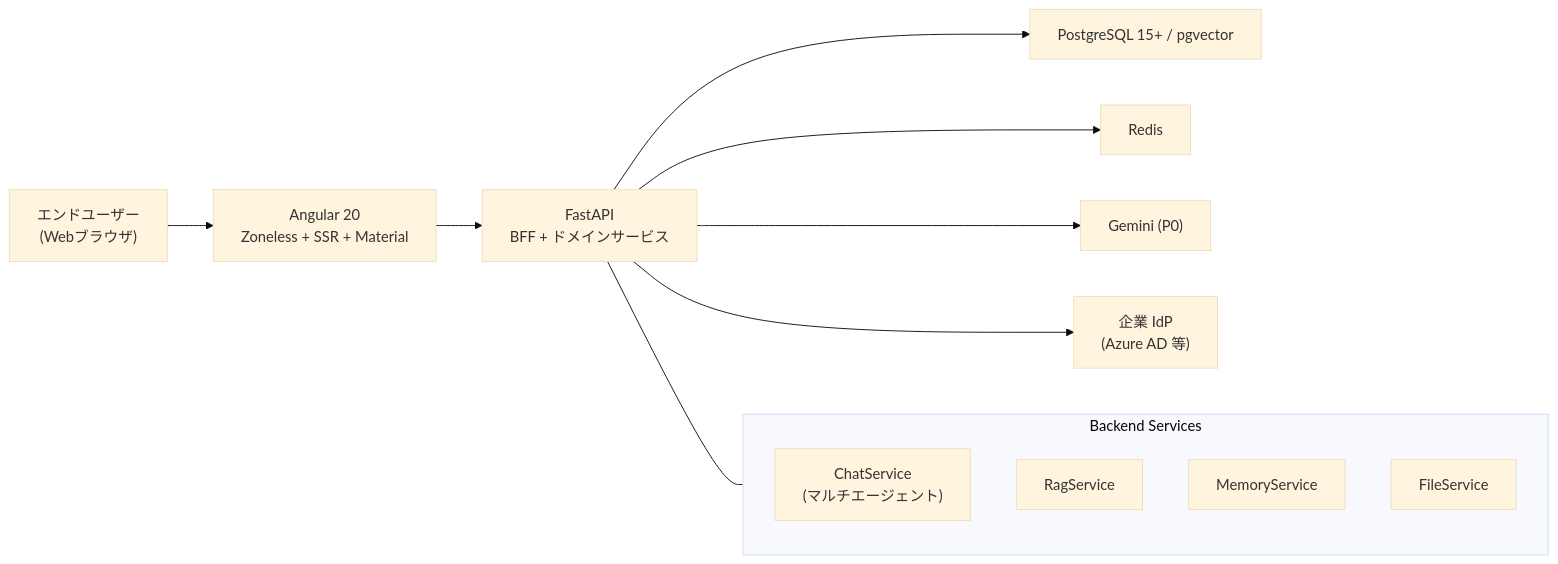
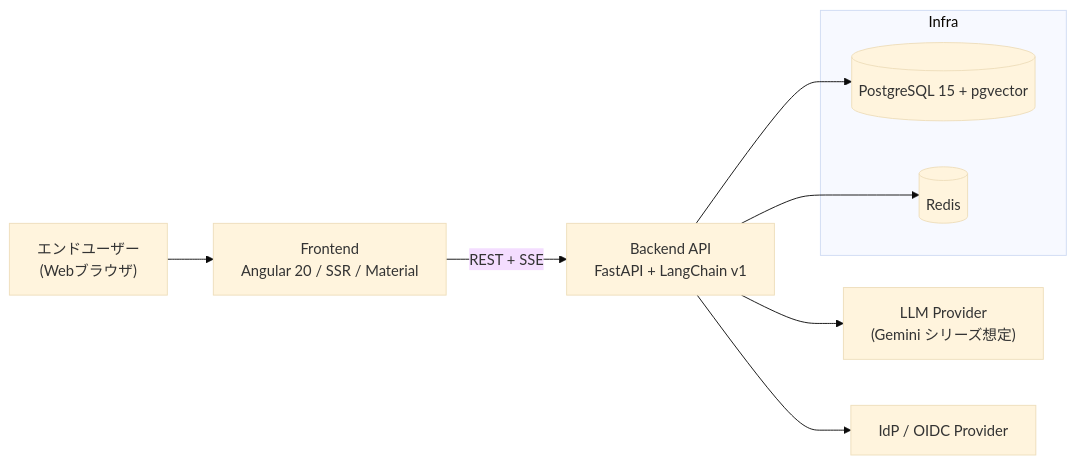
One commit to KanadeYumesaki/dom-enterprise-gateway changed the diagram in README.md. Above: the diagram before and after it, drawn with Mermaid (base theme). The commit also changed other lines of this file and 30 other files, not shown here.

Commit message:
feat(frontend): complete P0 UI (chat/knowledge/settings/help) and rewrite README

`````diff
--- a/README.md
+++ b/README.md
@@ -13,22 +21,14 @@
 ```mermaid
+flowchart LR
+  User["エンドユーザー<br/>(Webブラウザ)"] --> Frontend["Frontend<br/>Angular 20 / SSR / Material"]
+  Frontend -->|REST + SSE| Backend["Backend API<br/>FastAPI + LangChain v1"]
+  Backend --> DB[(PostgreSQL 15 + pgvector)]
+  Backend --> Cache[(Redis)]
+  Backend --> LLM["LLM Provider<br/>(Gemini シリーズ想定)"]
+  Backend --> IdP["IdP / OIDC Provider"]
 
-flowchart LR
-  User["エンドユーザー<br/>(Webブラウザ)"] --> Frontend["Angular 20<br/>Zoneless + SSR + Material"]
-
-  Frontend --> Backend["FastAPI<br/>BFF + ドメインサービス"]
-  Backend --> Postgres["PostgreSQL 15+ / pgvector"]
-  Backend --> Redis["Redis"]
-
-  Backend --> LLM["Gemini (P0)"]
-  Backend --> IdP["企業 IdP<br/>(Azure AD 等)"]
-
-  subgraph Services["Backend Services"]
-    ChatSvc["ChatService<br/>(マルチエージェント)"]
-    RagSvc["RagService"]
-    MemSvc["MemoryService"]
-    FileSvc["FileService"]
+  subgraph Infra
+    DB
+    Cache
   end
-
-  Backend --- Services
-
-```
+````
`````
